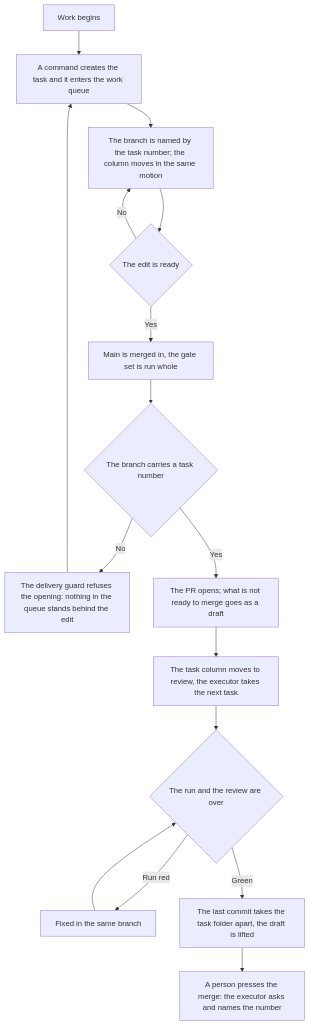
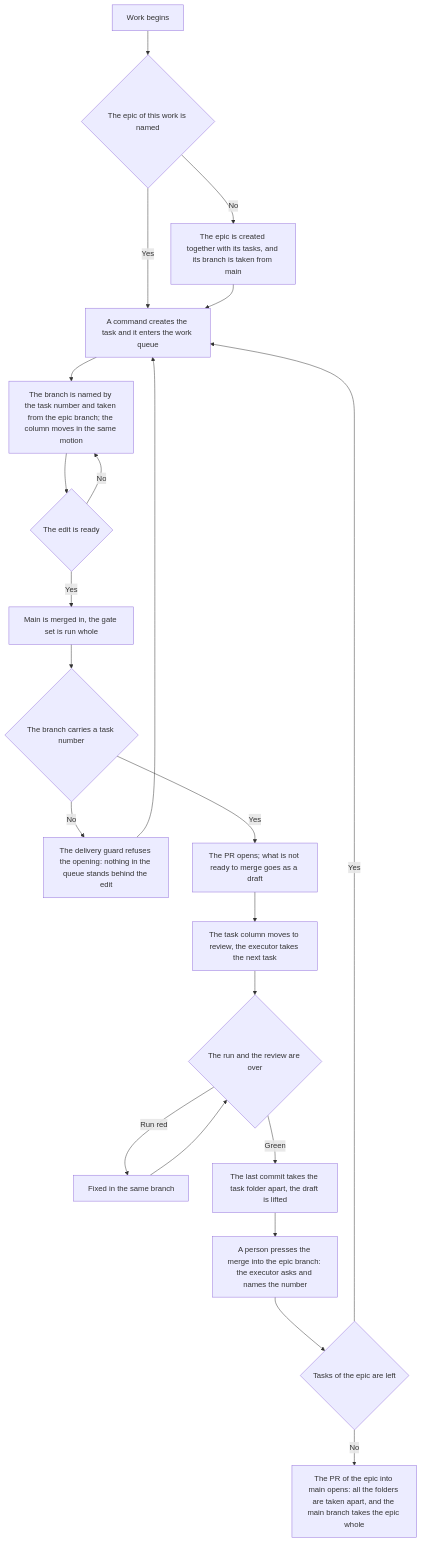
Before and after one commit to Eyhenij/rt-tools: the diagram in .claude/skills/git-workflow/SKILL.md, drawn with Mermaid. The commit also changed other lines of this file and 20 other files, not shown here.

````diff
--- a/.claude/skills/git-workflow/SKILL.md
+++ b/.claude/skills/git-workflow/SKILL.md
@@ -45,18 +48,24 @@
 ```mermaid
 flowchart TD
-    A[Work begins] --> B[A command creates the task and it enters the work queue]
-    B --> C[The branch is named by the task number; the column moves in the same motion]
+    A[Work begins] --> Z{The epic of this work is named}
+    Z -->|No| Y[The epic is created together with its tasks, and its branch is taken from main]
+    Z -->|Yes| B[A command creates the task and it enters the work queue]
+    Y --> B
+    B --> C[The branch is named by the task number and taken from the epic branch; the column moves in the same motion]
     C --> D{The edit is ready}
     D -->|No| C
     D -->|Yes| E[Main is merged in, the gate set is run whole]
     E --> F{The branch carries a task number}
     F -->|No| G[The delivery guard refuses the opening: nothing in the queue stands behind the edit]
     F -->|Yes| H[The PR opens; what is not ready to merge goes as a draft]
     H --> I[The task column moves to review, the executor takes the next task]
     I --> J{The run and the review are over}
     J -->|Run red| K[Fixed in the same branch]
     K --> J
     J -->|Green| L[The last commit takes the task folder apart, the draft is lifted]
-    L --> M[A person presses the merge: the executor asks and names the number]
+    L --> M[A person presses the merge into the epic branch: the executor asks and names the number]
+    M --> N{Tasks of the epic are left}
+    N -->|Yes| B
+    N -->|No| O[The PR of the epic into main opens: all the folders are taken apart, and the main branch takes the epic whole]
     G --> B
 ```
````
